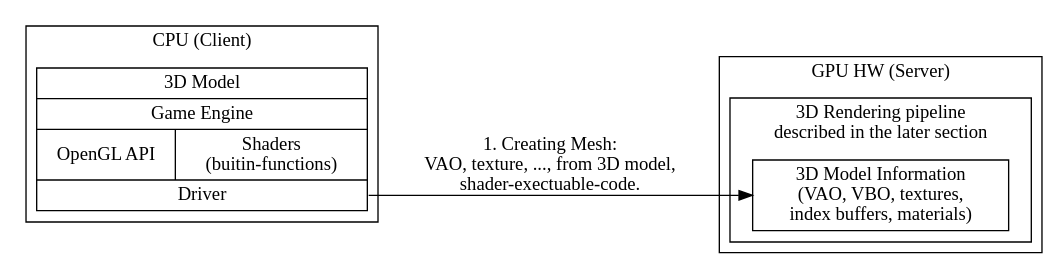
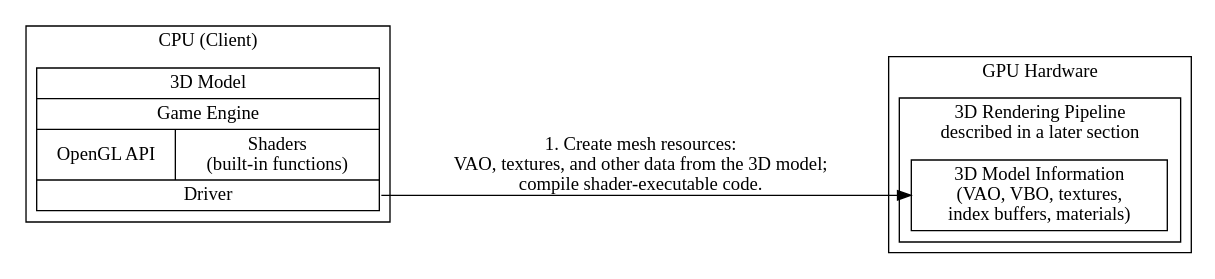
One commit to Jonathan2251/gpu changed the diagram in Fig/hw-sw-stack/graphic-sw-stack.gv. Above: the diagram before and after it, drawn with Graphviz. The commit also changed 31 other files, not shown here.

```diff
--- a/Fig/hw-sw-stack/graphic-sw-stack.gv
+++ b/Fig/hw-sw-stack/graphic-sw-stack.gv
@@ -1,20 +1,20 @@
 digraph G {
   rankdir=LR;
   
   compound=true;
   node [shape=record];
   subgraph cluster_cpu {
     label = "CPU (Client)";
-    CPU_SW [label=" 3D Model | Game Engine | { OpenGL API | Shaders \n (buitin-functions)} | <f1> Driver"];
+    CPU_SW [label=" 3D Model | Game Engine | { OpenGL API | Shaders \n (built-in functions)} | <f1> Driver"];
   }
   subgraph cluster_gpu {
-    label = "GPU HW (Server)";
+    label = "GPU Hardware";
     subgraph cluster_gpu_sw {
-      label = "3D Rendering pipeline \ndescribed in the later section";
+      label = "3D Rendering Pipeline \ndescribed in a later section";
       ModelData        [label="3D Model Information\n(VAO, VBO, textures,\nindex buffers, materials)"];
     }
   }
-  CPU_SW:f1 -> ModelData [label="1. Creating Mesh:\nVAO, texture, ..., from 3D model, \n shader-exectuable-code."];
+  CPU_SW:f1 -> ModelData [label="1. Create mesh resources:\nVAO, textures, and other data from the 3D model;\ncompile shader-executable code."];
     
 //  label = "Graphic SW Stack";
 }
```
